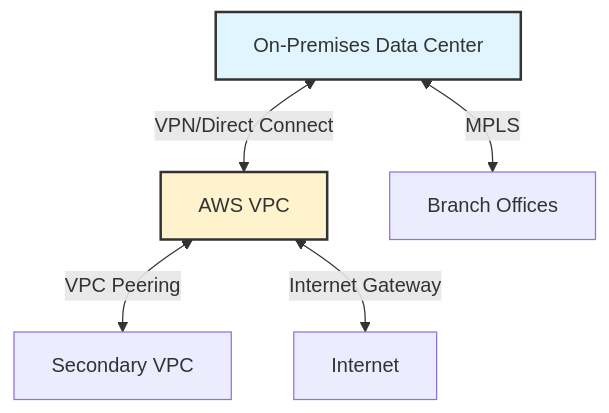
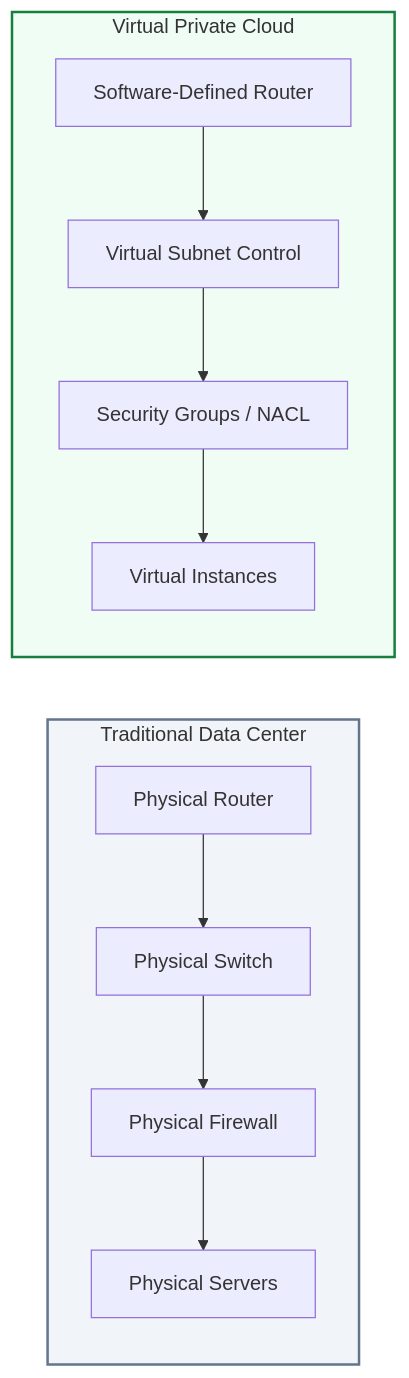
One commit to Ganil151/Devops changed the diagram in 2-Intermediate/01-Phase-1/01-Networking/01-VPC-Fundamentals/02-VPC-vs-Traditional-Networks/README.md. Above: the diagram before and after it, drawn with Mermaid. The commit also changed other lines of this file and 15 other files, not shown here.

````diff
--- a/2-Intermediate/01-Phase-1/01-Networking/01-VPC-Fundamentals/02-VPC-vs-Traditional-Networks/README.md
+++ b/2-Intermediate/01-Phase-1/01-Networking/01-VPC-Fundamentals/02-VPC-vs-Traditional-Networks/README.md
@@ -80,10 +5,17 @@
 ```mermaid
-graph TD
-    OnPrem[On-Premises Data Center] <-->|VPN/Direct Connect| VPC[AWS VPC]
-    OnPrem <-->|MPLS| Branch[Branch Offices]
-    VPC <-->|VPC Peering| VPC2[Secondary VPC]
-    VPC <-->|Internet Gateway| Internet[Internet]
-
-style OnPrem fill:#e1f5ff,stroke:#333,stroke-width:2px
-    style VPC fill:#fff3cd,stroke:#333,stroke-width:2px
+graph LR
+    subgraph Traditional_Data_Center[Traditional Data Center]
+        PR[Physical Router] --> PS[Physical Switch]
+        PS --> PF[Physical Firewall]
+        PF --> S[Physical Servers]
+    end
+    
+    subgraph Cloud_VPC[Virtual Private Cloud]
+        VR[Software-Defined Router] --> VSC[Virtual Subnet Control]
+        VSC --> SG[Security Groups / NACL]
+        SG --> VM[Virtual Instances]
+    end
+    
+    style Traditional_Data_Center fill:#f1f5f9,stroke:#64748b,stroke-width:2px
+    style Cloud_VPC fill:#f0fdf4,stroke:#15803d,stroke-width:2px
 ```
````
